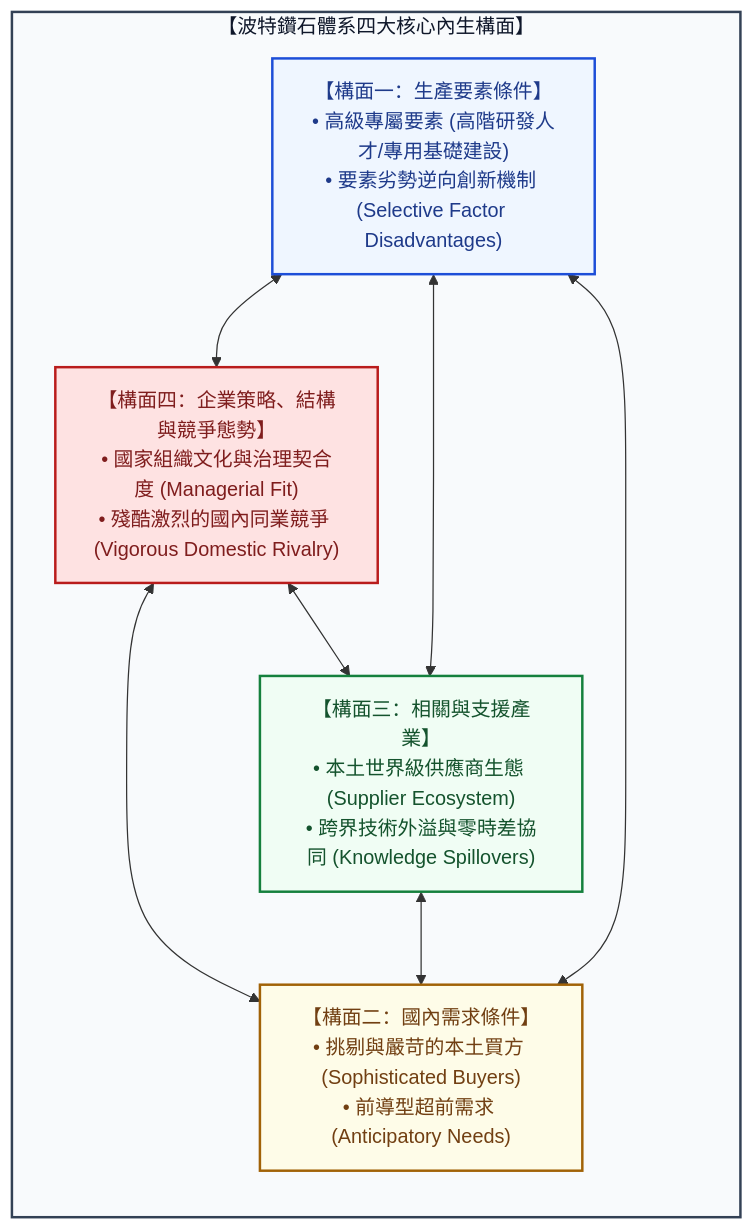
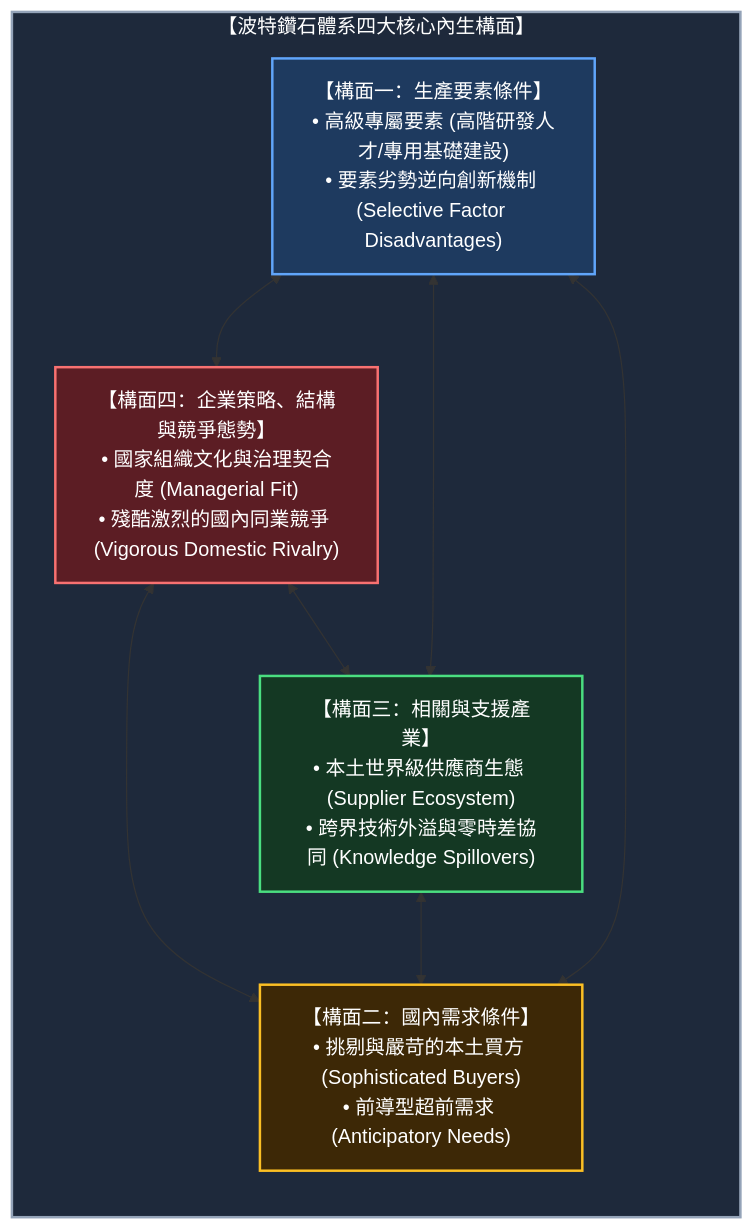
Before and after one commit to Jimlin0428/my-digital-garden: the second of 4 diagrams in src/site/notes/98_商業概念庫/Porter's Diamond Model_波特鑽石模型.md, drawn with Mermaid. The commit also changed other lines of this file and 58 other files, not shown here.

````diff
--- a/src/site/notes/98_商業概念庫/Porter's Diamond Model_波特鑽石模型.md
+++ b/src/site/notes/98_商業概念庫/Porter's Diamond Model_波特鑽石模型.md
@@ -74,23 +71,23 @@
 ```mermaid
 flowchart TD
     subgraph Diamond ["【波特鑽石體系四大核心內生構面】"]
         direction TB
         F1["【構面一：生產要素條件】<br/>• 高級專屬要素 (高階研發人才/專用基礎建設)<br/>• 要素劣勢逆向創新機制 (Selective Factor Disadvantages)"]
         F2["【構面二：國內需求條件】<br/>• 挑剔與嚴苛的本土買方 (Sophisticated Buyers)<br/>• 前導型超前需求 (Anticipatory Needs)"]
         F3["【構面三：相關與支援產業】<br/>• 本土世界級供應商生態 (Supplier Ecosystem)<br/>• 跨界技術外溢與零時差協同 (Knowledge Spillovers)"]
         F4["【構面四：企業策略、結構與競爭態勢】<br/>• 國家組織文化與治理契合度 (Managerial Fit)<br/>• 殘酷激烈的國內同業競爭 (Vigorous Domestic Rivalry)"]
     end
 
     F1 <--> F4
     F4 <--> F2
     F1 <--> F3
     F3 <--> F2
     F1 <--> F2
     F4 <--> F3
 
-    style Diamond fill:#f8fafc,stroke:#334155,stroke-width:2px,color:#0f172a
-    style F1 fill:#eff6ff,stroke:#1d4ed8,stroke-width:2px,color:#1e3a8a
-    style F2 fill:#fefce8,stroke:#a16207,stroke-width:2px,color:#713f12
-    style F3 fill:#f0fdf4,stroke:#15803d,stroke-width:2px,color:#14532d
-    style F4 fill:#fee2e2,stroke:#b91c1c,stroke-width:2px,color:#7f1d1d
+    style Diamond fill:#1e293b,stroke:#94a3b8,stroke-width:2px,color:#ffffff
+    style F1 fill:#1e3a5f,stroke:#60a5fa,stroke-width:2px,color:#ffffff
+    style F2 fill:#3d2806,stroke:#fbbf24,stroke-width:2px,color:#ffffff
+    style F3 fill:#143823,stroke:#4ade80,stroke-width:2px,color:#ffffff
+    style F4 fill:#5c1d24,stroke:#f87171,stroke-width:2px,color:#ffffff
 ```
````
